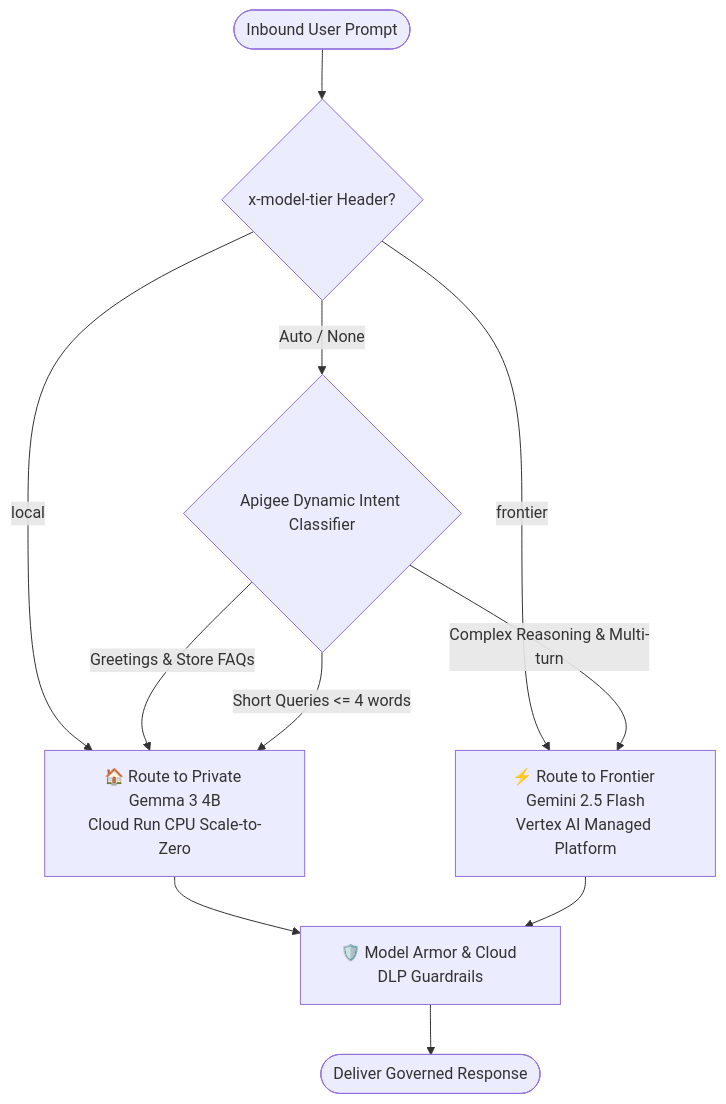
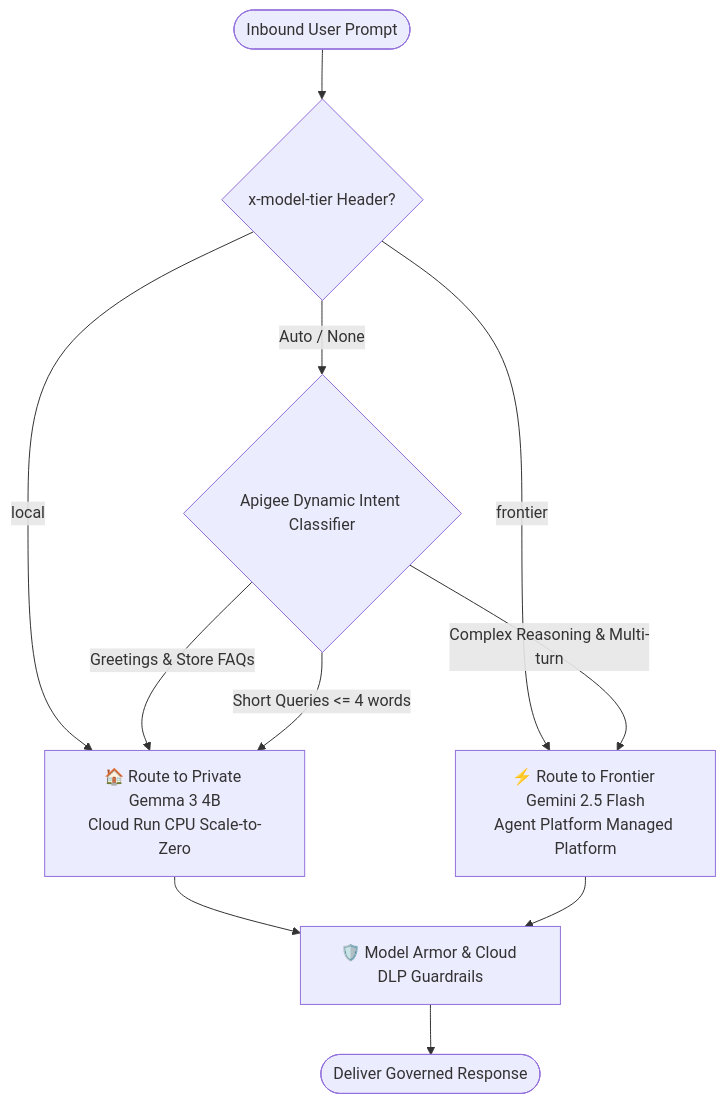
The third of 3 diagrams in adk-cymbal-retail-agent/WORKSHOP_STUDENT_GUIDE.md (GoogleCloudPlatform/apigee-samples), drawn with Mermaid before and after one commit. The commit also changed other lines of this file and 13 other files, not shown here.

Commit message:
docs(workshop): rebrand to Gemini Enterprise Agent Platform and align ADK v2 agent code

````diff
--- a/adk-cymbal-retail-agent/WORKSHOP_STUDENT_GUIDE.md
+++ b/adk-cymbal-retail-agent/WORKSHOP_STUDENT_GUIDE.md
@@ -188,18 +188,18 @@
 ```mermaid
 flowchart TD
     InboundPrompt([Inbound User Prompt]) --> HeaderCheck{x-model-tier Header?}
     
     HeaderCheck -->|local| RouteGemma[🏠 Route to Private Gemma 3 4B<br>Cloud Run CPU Scale-to-Zero]
-    HeaderCheck -->|frontier| RouteGemini[⚡ Route to Frontier Gemini 2.5 Flash<br>Vertex AI Managed Platform]
+    HeaderCheck -->|frontier| RouteGemini[⚡ Route to Frontier Gemini 2.5 Flash<br>Agent Platform Managed Platform]
     
     HeaderCheck -->|Auto / None| AIClassifier{Apigee Dynamic Intent Classifier}
     
     AIClassifier -->|Greetings & Store FAQs| RouteGemma
     AIClassifier -->|Short Queries <= 4 words| RouteGemma
     AIClassifier -->|Complex Reasoning & Multi-turn| RouteGemini
     
     RouteGemma --> SecurityFilters[🛡️ Model Armor & Cloud DLP Guardrails]
     RouteGemini --> SecurityFilters
     
     SecurityFilters --> ReturnResult([Deliver Governed Response])
 ```
````
